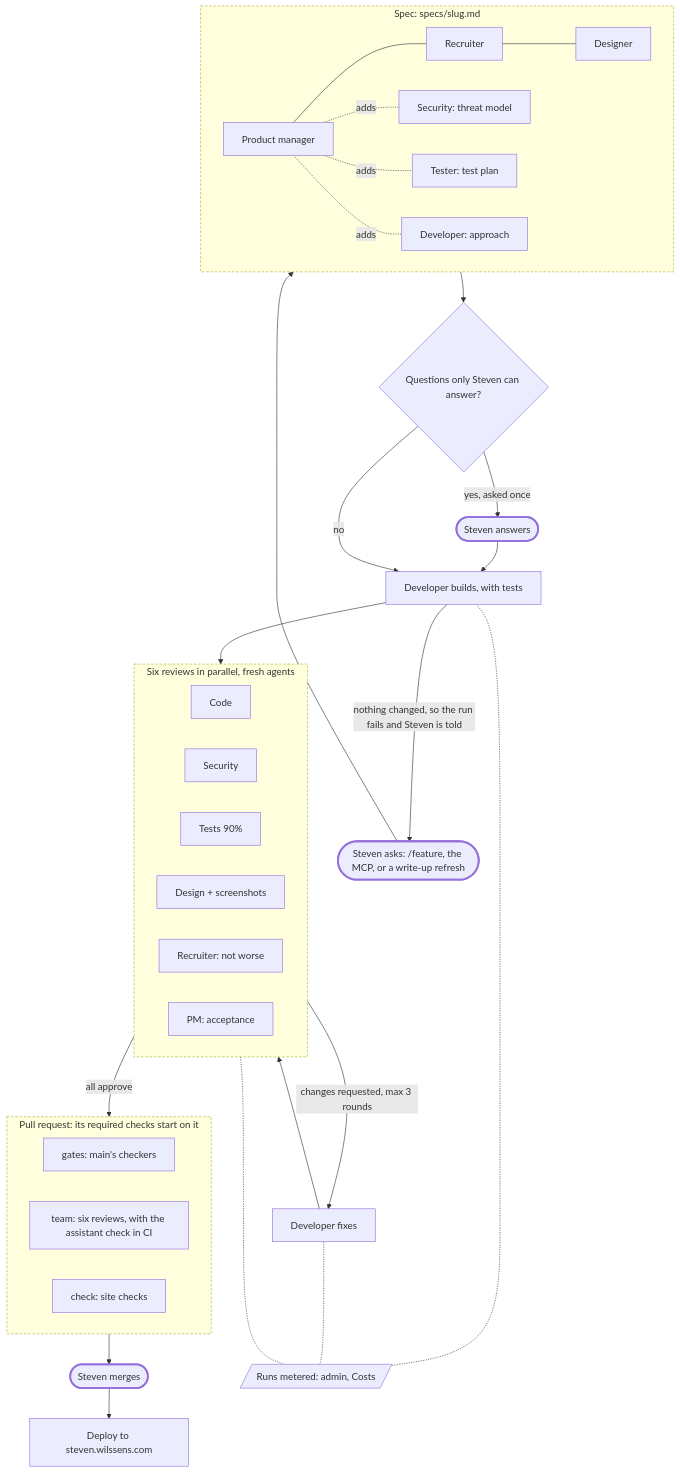
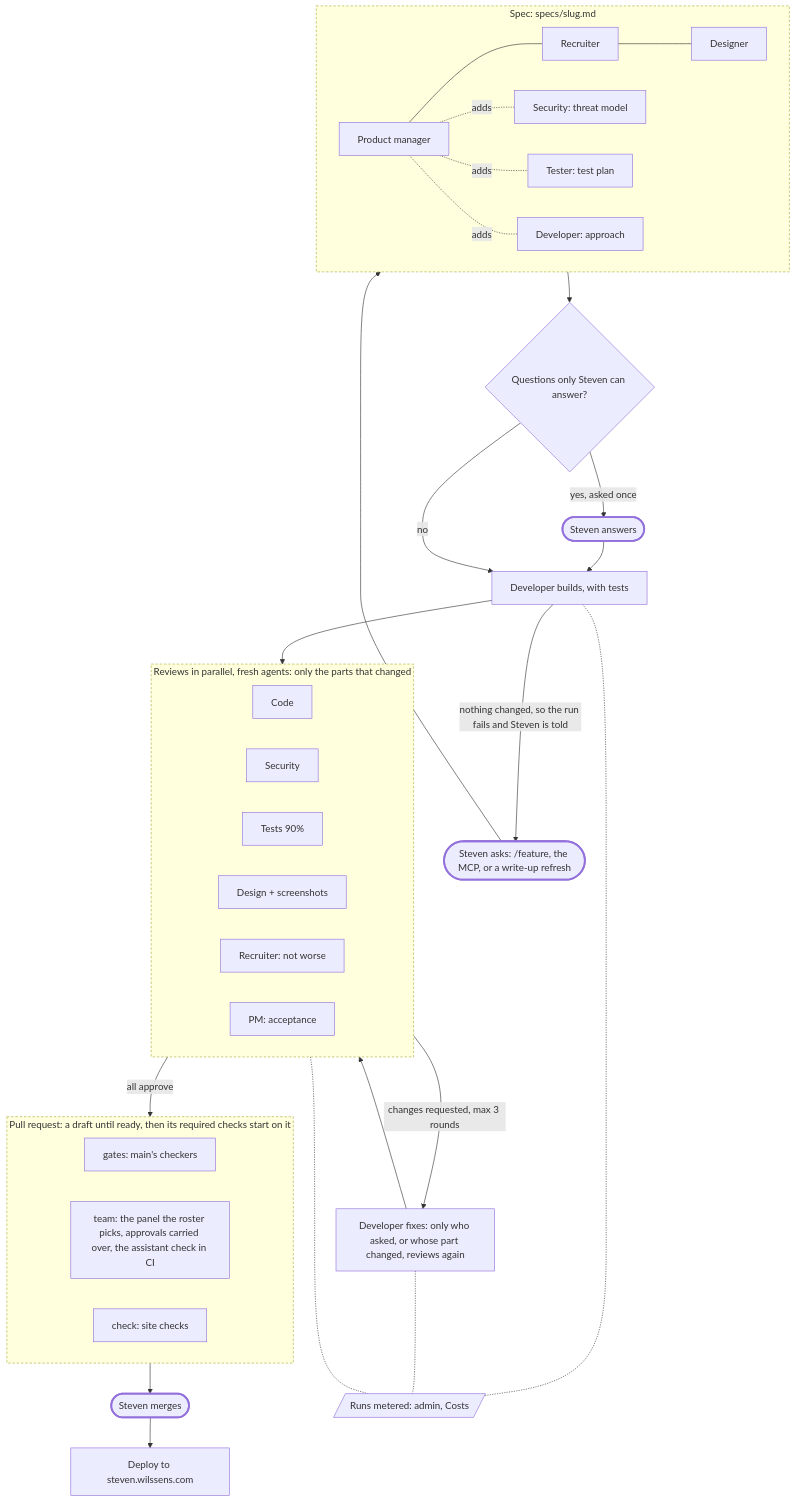
One commit to stewils/stevenwilssens.com changed the first of 2 diagrams in .claude/team.md. Above: the diagram before and after it, drawn with Mermaid. The commit also changed other lines of this file and 24 other files, not shown here.

First line of the commit message:
The team does only the work a change needs: about a tenth of the cost

````diff
--- a/.claude/team.md
+++ b/.claude/team.md
@@ -25,43 +25,43 @@
 ```mermaid
 flowchart TD
   ask([Steven asks: /feature, the MCP, or a write-up refresh]) --> spec
   subgraph spec [Spec: specs/slug.md]
     pm[Product manager] --- rec[Recruiter] --- des[Designer]
     pm -.adds.- sec[Security: threat model] & tst[Tester: test plan] & dev0[Developer: approach]
   end
   spec --> q{Questions only Steven can answer?}
   q -- yes, asked once --> steven1([Steven answers]) --> build
   q -- no --> build
   build[Developer builds, with tests] --> reviews
   build -- nothing changed, so the run fails and Steven is told --> ask
-  subgraph reviews [Six reviews in parallel, fresh agents]
+  subgraph reviews [Reviews in parallel, fresh agents: only the parts that changed]
     r1[Code] & r2[Security] & r3[Tests 90%] & r4[Design + screenshots] & r5[Recruiter: not worse] & r6[PM: acceptance]
   end
-  reviews -- changes requested, max 3 rounds --> fix[Developer fixes] --> reviews
+  reviews -- changes requested, max 3 rounds --> fix[Developer fixes: only who asked, or whose part changed, reviews again] --> reviews
   reviews -- all approve --> pr
-  subgraph pr [Pull request: its required checks start on it]
+  subgraph pr [Pull request: a draft until ready, then its required checks start on it]
     prGates[gates: main's checkers]
-    prTeam[team: six reviews, with the assistant check in CI]
+    prTeam[team: the panel the roster picks, approvals carried over, the assistant check in CI]
     prCheck[check: site checks]
   end
   pr --> merge([Steven merges]) --> deploy[Deploy to steven.wilssens.com]
   meter[/Runs metered: admin, Costs/]
   build -.- meter
   reviews -.- meter
   fix -.- meter
   classDef you stroke-width:3px
   classDef gate stroke-dasharray:4 3
   class ask,steven1,merge you
   class spec,reviews,pr gate
   %% The admin's Team page draws this chart (scripts/team-manifest.mjs): every numbered step
   %% below is tied to its node; "you" is where Steven decides, "gate" where a change stops until it passes.
   %% step 1: ask
   %% step 2: spec
   %% step 3: q
   %% step 4: spec
   %% step 5: build
   %% step 6: reviews
   %% step 7: fix
   %% step 8: pr
   %% step 9: merge
 ```
````
